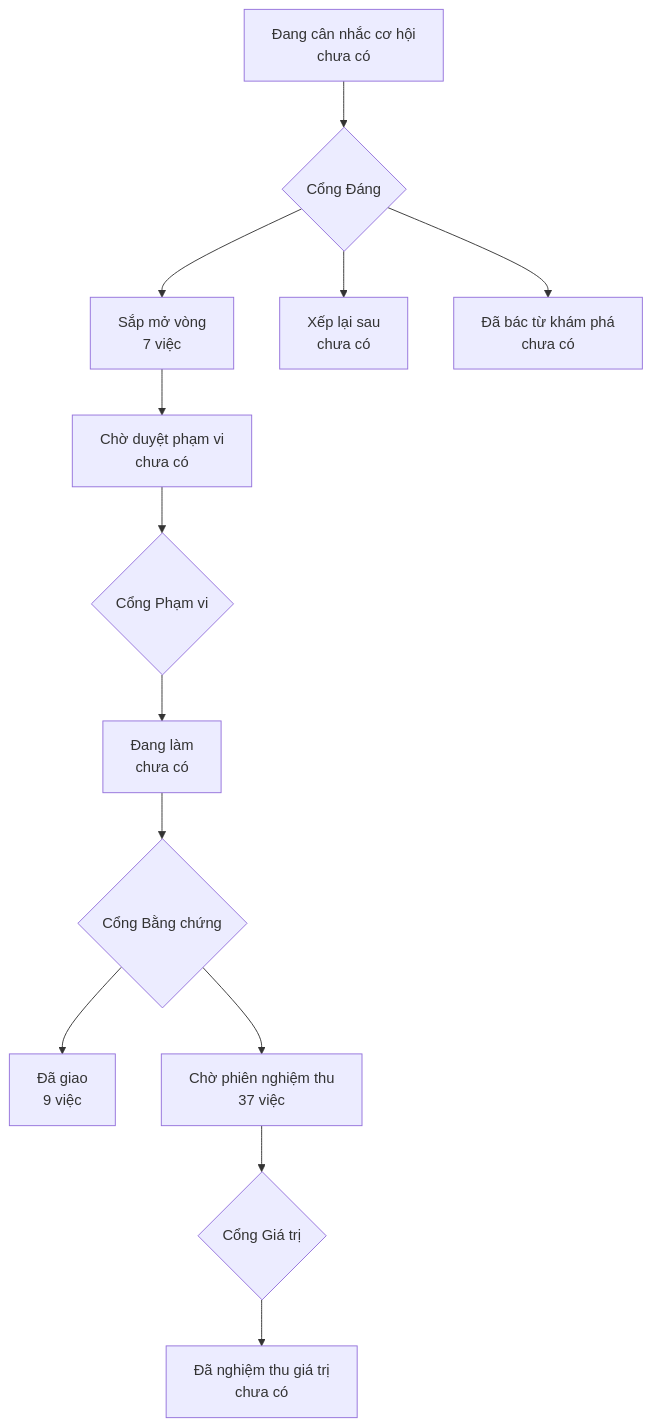
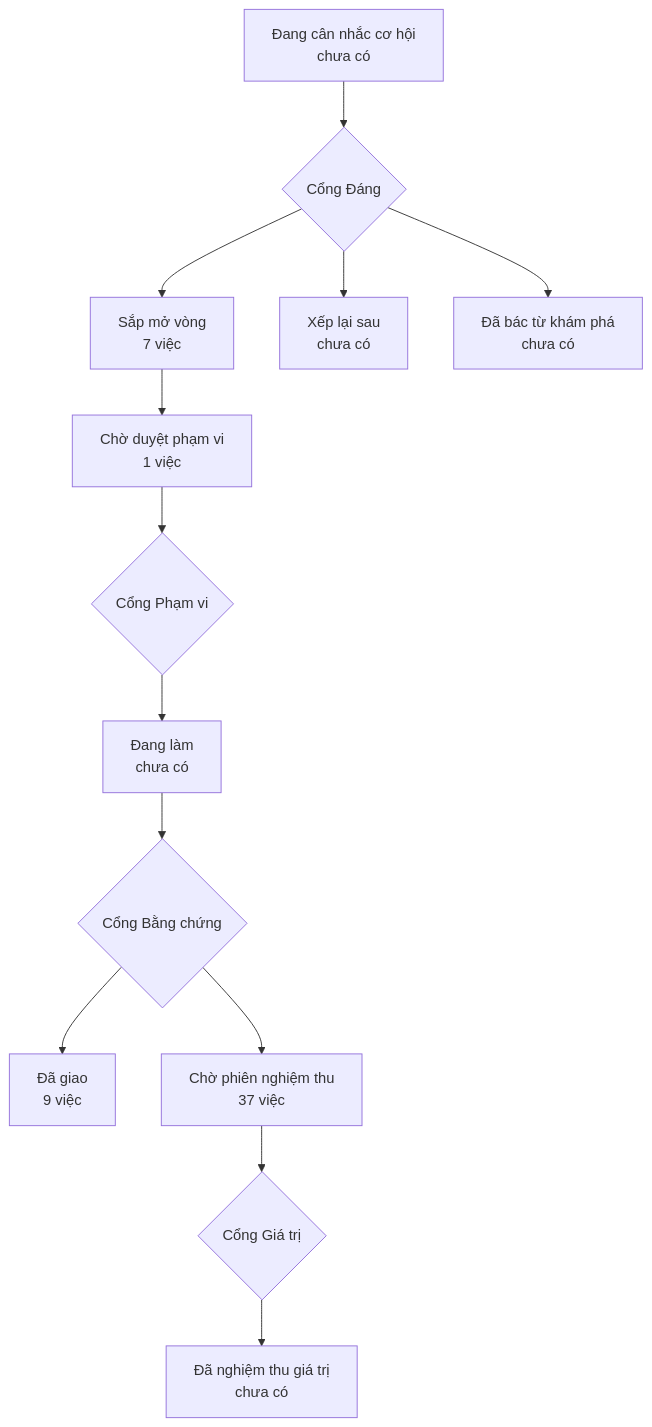
Before and after one commit to phanlemanh/onehub-quy-hang: the diagram in PRODUCT-MAP.md, drawn with Mermaid. The commit also changed other lines of this file and 10 other files, not shown here.

Commit message:
docs(va-san-sang-ban): thiết kế, hợp đồng, bài kiểm, phản biện — chờ Cổng Phạm vi

````diff
--- a/PRODUCT-MAP.md
+++ b/PRODUCT-MAP.md
@@ -7,12 +7,12 @@
 ```mermaid
 flowchart TD
   A["Đang cân nhắc cơ hội<br/>chưa có"] --> GD{"Cổng Đáng"}
   GD --> B["Sắp mở vòng<br/>7 việc"]
   GD --> XL["Xếp lại sau<br/>chưa có"]
   GD --> DB["Đã bác từ khám phá<br/>chưa có"]
-  B --> CD["Chờ duyệt phạm vi<br/>chưa có"] --> GP{"Cổng Phạm vi"}
+  B --> CD["Chờ duyệt phạm vi<br/>1 việc"] --> GP{"Cổng Phạm vi"}
   GP --> DL["Đang làm<br/>chưa có"] --> GB{"Cổng Bằng chứng"}
   GB --> DG["Đã giao<br/>9 việc"]
   GB --> CN["Chờ phiên nghiệm thu<br/>37 việc"] --> GG{"Cổng Giá trị"}
   GG --> NT["Đã nghiệm thu giá trị<br/>chưa có"]
 ```
````
